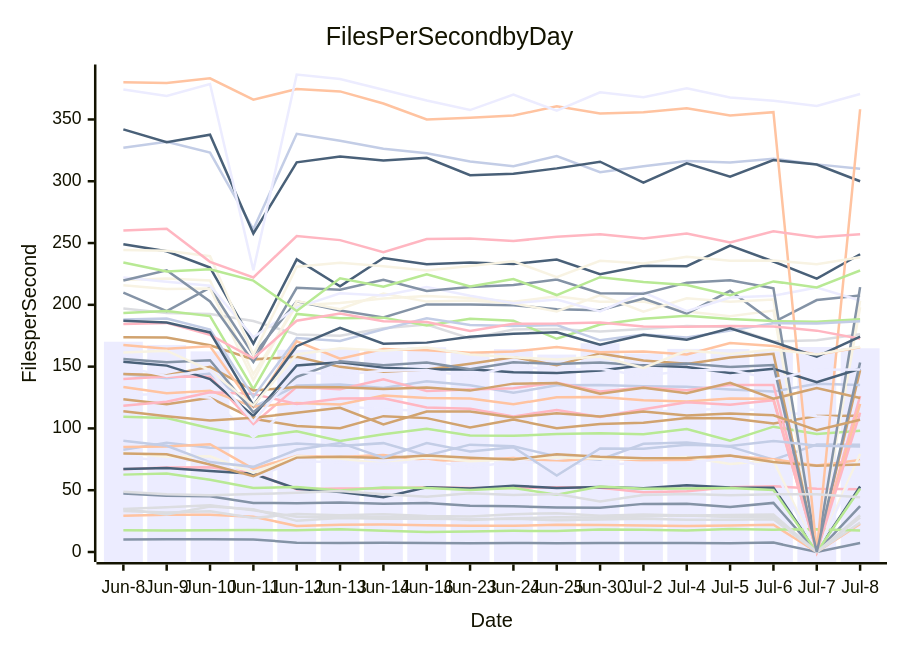
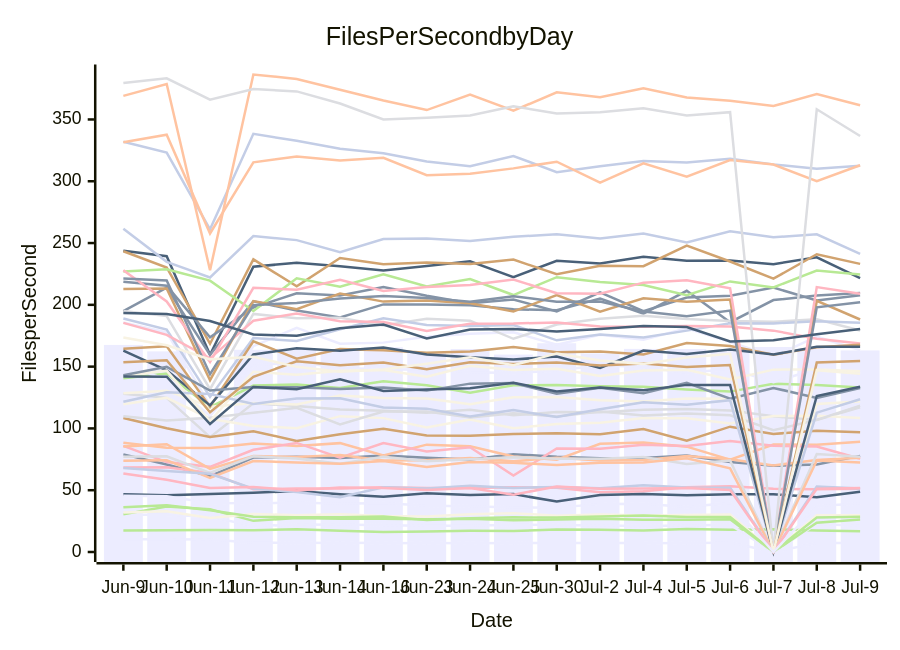
One commit to streetsidesoftware/cspell changed the diagram in perf-report.md. Above: the diagram before and after it, drawn with Mermaid. The commit also changed other lines of this file and 1 other file, not shown here.

````diff
--- a/perf-report.md
+++ b/perf-report.md
@@ -10,57 +10,57 @@
 ```mermaid
 xychart-beta
     title Files Per Second by Day
     y-axis Files per Second
-    x-axis Date [Jun-8, Jun-9, Jun-10, Jun-11, Jun-12, Jun-13, Jun-14, Jun-16, Jun-23, Jun-24, Jun-25, Jun-30, Jul-2, Jul-4, Jul-5, Jul-6, Jul-7, Jul-8]
-    bar [170.13, 167.55, 162.35, 108.94, 163.62, 164.52, 162.91, 165.65, 161.06, 164.28, 159.75, 168.95, 160.66, 164.38, 164.27, 162.48, 165.90, 164.83]
-    line [10.16, 10.41, 10.23, 10.15, 7.58, 7.35, 7.42, 7.28, 7.12, 7.22, 7.17, 7.37, 7.23, 7.36, 6.99, 7.61, 0.00, 7.24]
-    line [29.31, 30.11, 30.11, 28.55, 21.08, 22.04, 22.18, 21.66, 21.30, 21.15, 22.00, 21.90, 21.51, 21.13, 21.43, 22.00, 0.00, 22.72]
-    line [34.79, 30.45, 36.74, 34.61, 25.22, 27.49, 26.99, 26.84, 26.60, 26.95, 25.71, 26.35, 26.84, 26.11, 26.06, 26.52, 0.00, 23.76]
-    line [109.49, 108.40, 100.17, 93.09, 97.72, 89.92, 95.33, 99.63, 94.35, 94.02, 95.44, 96.15, 95.34, 99.55, 90.07, 101.41, 95.54, 98.21]
-    line [123.68, 119.64, 124.80, 107.83, 101.96, 100.16, 109.91, 108.33, 100.84, 107.27, 100.09, 103.62, 104.63, 108.43, 108.27, 103.96, 110.08, 110.20]
-    line [82.67, 88.45, 84.36, 84.11, 87.88, 85.81, 88.09, 78.16, 86.88, 85.49, 77.34, 74.76, 87.51, 88.59, 85.26, 74.62, 86.95, 86.80]
-    line [67.00, 68.40, 68.60, 63.88, 50.72, 51.41, 51.47, 52.39, 51.73, 51.82, 52.39, 52.00, 48.43, 49.22, 52.34, 53.26, 51.10, 50.86]
-    line [67.14, 67.89, 65.57, 63.26, 51.25, 48.63, 44.36, 52.41, 51.44, 53.68, 51.84, 52.69, 51.50, 53.98, 52.25, 52.09, 0.00, 53.03]
-    line [220.13, 221.21, 219.70, 143.90, 199.78, 201.47, 205.17, 207.22, 205.60, 202.43, 207.02, 202.54, 202.72, 194.67, 190.86, 195.33, 0.00, 197.97]
-    line [126.90, 127.99, 124.73, 92.95, 120.36, 118.07, 115.35, 114.38, 112.71, 115.12, 110.67, 113.20, 113.18, 115.07, 115.63, 114.45, 109.79, 106.87]
-    line [47.36, 45.48, 45.06, 39.72, 39.47, 40.00, 39.07, 39.70, 37.48, 36.99, 36.10, 35.86, 38.94, 38.99, 36.38, 39.71, 0.00, 37.09]
-    line [84.94, 85.33, 87.27, 67.23, 77.70, 76.81, 78.39, 74.00, 74.26, 76.13, 73.45, 76.23, 74.07, 74.35, 77.62, 75.07, 70.03, 74.46]
-    line [197.09, 193.40, 192.55, 186.93, 176.04, 174.92, 181.06, 184.11, 172.84, 180.05, 180.38, 178.52, 180.47, 182.90, 182.10, 170.31, 171.39, 176.15]
-    line [17.66, 17.41, 17.50, 17.71, 17.68, 18.34, 17.12, 16.25, 16.59, 17.11, 17.00, 18.16, 17.94, 17.30, 18.64, 18.07, 18.36, 17.45]
-    line [173.71, 173.55, 167.26, 155.87, 157.93, 149.82, 145.84, 147.63, 152.29, 157.67, 151.07, 160.69, 154.94, 152.23, 157.47, 160.32, 0.00, 147.14]
-    line [144.07, 140.57, 144.39, 117.16, 134.67, 135.55, 132.71, 138.18, 135.01, 128.78, 135.00, 135.05, 134.05, 133.73, 131.56, 129.78, 136.12, 135.18]
-    line [140.04, 142.05, 141.88, 103.59, 133.58, 131.67, 139.76, 130.35, 131.39, 132.60, 136.92, 129.95, 133.16, 130.87, 135.23, 135.13, 0.00, 126.22]
-    line [249.07, 243.35, 230.21, 168.52, 236.78, 215.01, 237.87, 232.93, 234.34, 233.01, 236.58, 224.78, 231.59, 231.28, 247.94, 235.03, 221.17, 240.95]
-    line [80.33, 77.10, 77.48, 64.05, 77.39, 75.61, 71.46, 77.16, 73.34, 75.14, 76.59, 75.51, 75.45, 76.79, 71.21, 73.99, 0.00, 79.33]
-    line [76.80, 73.74, 74.27, 59.93, 73.62, 72.46, 71.40, 73.58, 68.82, 72.77, 72.13, 70.38, 72.17, 72.40, 75.76, 67.72, 0.00, 74.05]
-    line [209.95, 194.96, 213.85, 159.52, 202.89, 195.38, 189.84, 200.33, 200.19, 199.73, 196.39, 195.67, 205.11, 192.90, 211.35, 185.93, 203.88, 207.58]
-    line [133.44, 128.55, 130.54, 117.59, 120.60, 119.36, 126.68, 124.68, 124.29, 119.55, 125.16, 125.39, 122.70, 121.73, 124.30, 123.97, 0.00, 119.80]
-    line [34.77, 36.25, 37.82, 33.71, 28.61, 28.16, 28.05, 28.76, 25.82, 27.29, 28.03, 27.82, 28.74, 29.48, 28.36, 28.34, 0.00, 27.98]
-    line [62.61, 63.50, 58.41, 51.82, 52.68, 49.85, 52.20, 51.85, 50.23, 51.87, 46.40, 53.06, 51.19, 51.40, 51.86, 50.10, 0.00, 51.21]
-    line [79.64, 79.01, 70.82, 61.30, 76.37, 77.13, 76.03, 78.06, 76.22, 74.88, 79.14, 76.99, 75.88, 76.09, 78.08, 72.78, 69.82, 70.79]
-    line [327.16, 331.90, 323.14, 261.07, 338.35, 332.69, 326.37, 322.64, 316.02, 312.10, 320.45, 307.34, 312.08, 316.35, 315.20, 318.22, 313.66, 310.11]
-    line [118.39, 121.53, 129.30, 127.90, 119.77, 124.29, 124.35, 117.01, 116.01, 109.65, 114.81, 109.29, 115.47, 121.09, 119.06, 122.86, 0.00, 112.77]
-    line [341.98, 331.53, 337.68, 257.72, 315.29, 320.05, 316.70, 318.97, 304.83, 306.07, 310.41, 315.81, 298.93, 314.56, 303.69, 317.11, 313.48, 300.01]
-    line [215.78, 212.77, 213.18, 139.00, 202.99, 196.51, 209.12, 202.60, 203.46, 201.26, 194.60, 207.89, 194.40, 205.29, 202.49, 204.26, 0.00, 203.31]
-    line [222.20, 218.63, 215.45, 173.74, 197.78, 209.33, 207.61, 214.45, 207.28, 201.26, 204.34, 194.65, 210.00, 194.85, 205.89, 207.36, 213.92, 203.52]
-    line [219.68, 227.92, 202.72, 153.79, 213.73, 212.23, 220.18, 211.27, 214.37, 216.02, 220.47, 209.37, 208.94, 217.94, 219.88, 213.33, 0.00, 214.36]
-    line [380.10, 379.55, 383.29, 365.99, 374.63, 372.72, 362.93, 349.94, 351.35, 353.13, 360.69, 354.83, 355.80, 359.03, 353.22, 355.88, 0.00, 358.26]
-    line [33.08, 31.95, 32.91, 27.58, 30.74, 29.76, 30.63, 29.07, 28.80, 30.64, 31.41, 29.25, 30.37, 29.62, 29.89, 30.35, 0.00, 29.68]
-    line [193.48, 195.01, 190.90, 131.77, 192.67, 189.08, 189.64, 183.39, 188.80, 187.17, 172.53, 184.06, 188.67, 191.18, 188.53, 186.82, 186.30, 188.38]
-    line [144.03, 143.02, 149.83, 130.69, 133.43, 133.31, 131.91, 133.18, 130.59, 136.24, 136.67, 127.99, 132.91, 128.52, 136.97, 123.97, 132.77, 124.67]
-    line [188.23, 188.91, 180.00, 125.49, 173.22, 170.75, 180.24, 189.10, 183.71, 182.95, 183.62, 171.28, 176.05, 173.54, 179.14, 185.15, 184.99, 186.71]
-    line [184.56, 185.39, 175.70, 156.70, 187.10, 192.94, 186.79, 186.02, 178.80, 184.67, 184.84, 185.79, 182.56, 182.17, 182.82, 182.50, 179.12, 172.62]
-    line [153.91, 150.81, 139.91, 110.07, 150.95, 153.45, 149.19, 147.76, 147.78, 145.47, 144.87, 146.87, 151.06, 149.73, 144.88, 148.36, 137.35, 148.23]
-    line [244.42, 243.79, 239.33, 159.65, 230.81, 234.11, 231.13, 227.87, 231.36, 235.26, 222.40, 235.59, 233.45, 238.97, 235.75, 235.89, 232.86, 238.48]
-    line [374.25, 369.07, 378.68, 227.98, 386.38, 382.81, 374.09, 365.35, 357.60, 370.08, 357.07, 371.96, 367.90, 375.27, 367.85, 365.20, 360.83, 370.59]
-    line [156.23, 153.60, 155.11, 113.07, 141.70, 154.36, 151.21, 153.33, 147.83, 153.51, 152.15, 153.26, 150.82, 152.56, 149.61, 151.37, 0.00, 153.34]
-    line [167.45, 164.46, 166.51, 117.60, 170.47, 156.38, 164.16, 163.15, 161.29, 162.24, 165.87, 161.72, 162.26, 159.82, 169.05, 166.75, 159.60, 165.64]
-    line [48.77, 46.64, 45.94, 46.92, 47.88, 49.42, 46.70, 44.72, 47.61, 46.18, 46.86, 40.79, 46.17, 47.03, 45.86, 46.70, 46.74, 44.23]
-    line [234.29, 227.02, 228.77, 219.57, 195.02, 221.53, 214.60, 224.77, 214.79, 220.92, 207.92, 222.39, 218.49, 216.06, 207.77, 218.95, 214.11, 227.80]
-    line [113.82, 109.84, 106.42, 108.66, 112.63, 116.73, 103.14, 113.74, 113.71, 108.86, 112.34, 109.73, 113.68, 110.37, 111.97, 110.64, 98.54, 106.95]
-    line [89.94, 85.93, 72.73, 68.90, 82.72, 88.26, 76.41, 88.08, 81.29, 84.76, 61.88, 83.73, 83.48, 86.69, 85.83, 89.91, 85.92, 85.41]
-    line [260.07, 261.63, 234.80, 222.16, 255.69, 252.37, 242.53, 253.26, 253.77, 251.67, 255.05, 257.07, 253.64, 257.67, 250.47, 259.54, 254.67, 257.07]
-    line [187.05, 185.74, 177.64, 118.63, 166.53, 181.43, 168.60, 169.42, 174.24, 176.57, 177.80, 167.68, 175.75, 171.75, 180.95, 169.97, 158.13, 174.21]
-    line [161.40, 162.90, 146.98, 118.64, 159.81, 164.92, 162.77, 165.48, 159.81, 157.56, 155.70, 158.25, 148.90, 163.02, 160.27, 163.84, 159.78, 166.09]
-    line [149.79, 142.40, 146.80, 105.67, 145.87, 143.36, 146.61, 147.23, 141.81, 150.65, 147.20, 148.34, 142.33, 146.88, 147.38, 139.67, 147.57, 147.61]
+    x-axis Date [Jun-9, Jun-10, Jun-11, Jun-12, Jun-13, Jun-14, Jun-16, Jun-23, Jun-24, Jun-25, Jun-30, Jul-2, Jul-4, Jul-5, Jul-6, Jul-7, Jul-8, Jul-9]
+    bar [167.55, 162.35, 108.94, 163.62, 164.52, 162.91, 165.65, 161.06, 164.28, 159.75, 168.95, 160.66, 164.38, 164.27, 162.48, 165.90, 164.83, 163.10]
+    line [79.01, 70.82, 61.30, 76.37, 77.13, 76.03, 78.06, 76.22, 74.88, 79.14, 76.99, 75.88, 76.09, 78.08, 72.78, 69.82, 70.79, 77.77]
+    line [88.45, 84.36, 84.11, 87.88, 85.81, 88.09, 78.16, 86.88, 85.49, 77.34, 74.76, 87.51, 88.59, 85.26, 74.62, 86.95, 86.80, 89.24]
+    line [127.99, 124.73, 92.95, 120.36, 118.07, 115.35, 114.38, 112.71, 115.12, 110.67, 113.20, 113.18, 115.07, 115.63, 114.45, 109.79, 106.87, 116.99]
+    line [17.41, 17.50, 17.71, 17.68, 18.34, 17.12, 16.25, 16.59, 17.11, 17.00, 18.16, 17.94, 17.30, 18.64, 18.07, 18.36, 17.45, 16.79]
+    line [108.40, 100.17, 93.09, 97.72, 89.92, 95.33, 99.63, 94.35, 94.02, 95.44, 96.15, 95.34, 99.55, 90.07, 101.41, 95.54, 98.21, 96.89]
+    line [331.90, 323.14, 261.07, 338.35, 332.69, 326.37, 322.64, 316.02, 312.10, 320.45, 307.34, 312.08, 316.35, 315.20, 318.22, 313.66, 310.11, 312.49]
+    line [68.40, 68.60, 63.88, 50.72, 51.41, 51.47, 52.39, 51.73, 51.82, 52.39, 52.00, 48.43, 49.22, 52.34, 53.26, 51.10, 50.86, 51.15]
+    line [243.79, 239.33, 159.65, 230.81, 234.11, 231.13, 227.87, 231.36, 235.26, 222.40, 235.59, 233.45, 238.97, 235.75, 235.89, 232.86, 238.48, 221.64]
+    line [119.64, 124.80, 107.83, 101.96, 100.16, 109.91, 108.33, 100.84, 107.27, 100.09, 103.62, 104.63, 108.43, 108.27, 103.96, 110.08, 110.20, 108.47]
+    line [185.74, 177.64, 118.63, 166.53, 181.43, 168.60, 169.42, 174.24, 176.57, 177.80, 167.68, 175.75, 171.75, 180.95, 169.97, 158.13, 174.21, 163.36]
+    line [194.96, 213.85, 159.52, 202.89, 195.38, 189.84, 200.33, 200.19, 199.73, 196.39, 195.67, 205.11, 192.90, 211.35, 185.93, 203.88, 207.58, 209.52]
+    line [331.53, 337.68, 257.72, 315.29, 320.05, 316.70, 318.97, 304.83, 306.07, 310.41, 315.81, 298.93, 314.56, 303.69, 317.11, 313.48, 300.01, 312.98]
+    line [195.01, 190.90, 131.77, 192.67, 189.08, 189.64, 183.39, 188.80, 187.17, 172.53, 184.06, 188.67, 191.18, 188.53, 186.82, 186.30, 188.38, 179.20]
+    line [140.57, 144.39, 117.16, 134.67, 135.55, 132.71, 138.18, 135.01, 128.78, 135.00, 135.05, 134.05, 133.73, 131.56, 129.78, 136.12, 135.18, 133.16]
+    line [243.35, 230.21, 168.52, 236.78, 215.01, 237.87, 232.93, 234.34, 233.01, 236.58, 224.78, 231.59, 231.28, 247.94, 235.03, 221.17, 240.95, 233.12]
+    line [188.91, 180.00, 125.49, 173.22, 170.75, 180.24, 189.10, 183.71, 182.95, 183.62, 171.28, 176.05, 173.54, 179.14, 185.15, 184.99, 186.71, 185.57]
+    line [185.39, 175.70, 156.70, 187.10, 192.94, 186.79, 186.02, 178.80, 184.67, 184.84, 185.79, 182.56, 182.17, 182.82, 182.50, 179.12, 172.62, 168.71]
+    line [46.64, 45.94, 46.92, 47.88, 49.42, 46.70, 44.72, 47.61, 46.18, 46.86, 40.79, 46.17, 47.03, 45.86, 46.70, 46.74, 44.23, 48.73]
+    line [128.55, 130.54, 117.59, 120.60, 119.36, 126.68, 124.68, 124.29, 119.55, 125.16, 125.39, 122.70, 121.73, 124.30, 123.97, 0.00, 119.80, 121.69]
+    line [150.81, 139.91, 110.07, 150.95, 153.45, 149.19, 147.76, 147.78, 145.47, 144.87, 146.87, 151.06, 149.73, 144.88, 148.36, 137.35, 148.23, 143.43]
+    line [218.63, 215.45, 173.74, 197.78, 209.33, 207.61, 214.45, 207.28, 201.26, 204.34, 194.65, 210.00, 194.85, 205.89, 207.36, 213.92, 203.52, 207.84]
+    line [369.07, 378.68, 227.98, 386.38, 382.81, 374.09, 365.35, 357.60, 370.08, 357.07, 371.96, 367.90, 375.27, 367.85, 365.20, 360.83, 370.59, 361.51]
+    line [109.84, 106.42, 108.66, 112.63, 116.73, 103.14, 113.74, 113.71, 108.86, 112.34, 109.73, 113.68, 110.37, 111.97, 110.64, 98.54, 106.95, 118.34]
+    line [227.02, 228.77, 219.57, 195.02, 221.53, 214.60, 224.77, 214.79, 220.92, 207.92, 222.39, 218.49, 216.06, 207.77, 218.95, 214.11, 227.80, 224.46]
+    line [164.46, 166.51, 117.60, 170.47, 156.38, 164.16, 163.15, 161.29, 162.24, 165.87, 161.72, 162.26, 159.82, 169.05, 166.75, 159.60, 165.64, 167.79]
+    line [261.63, 234.80, 222.16, 255.69, 252.37, 242.53, 253.26, 253.77, 251.67, 255.05, 257.07, 253.64, 257.67, 250.47, 259.54, 254.67, 257.07, 241.20]
+    line [85.93, 72.73, 68.90, 82.72, 88.26, 76.41, 88.08, 81.29, 84.76, 61.88, 83.73, 83.48, 86.69, 85.83, 89.91, 85.92, 85.41, 75.41]
+    line [162.90, 146.98, 118.64, 159.81, 164.92, 162.77, 165.48, 159.81, 157.56, 155.70, 158.25, 148.90, 163.02, 160.27, 163.84, 159.78, 166.09, 166.11]
+    line [142.40, 146.80, 105.67, 145.87, 143.36, 146.61, 147.23, 141.81, 150.65, 147.20, 148.34, 142.33, 146.88, 147.38, 139.67, 147.57, 147.61, 146.16]
+    line [30.11, 30.11, 28.55, 21.08, 22.04, 22.18, 21.66, 21.30, 21.15, 22.00, 21.90, 21.51, 21.13, 21.43, 22.00, 0.00, 22.72, 21.15]
+    line [143.02, 149.83, 130.69, 133.43, 133.31, 131.91, 133.18, 130.59, 136.24, 136.67, 127.99, 132.91, 128.52, 136.97, 123.97, 132.77, 124.67, 132.76]
+    line [85.33, 87.27, 67.23, 77.70, 76.81, 78.39, 74.00, 74.26, 76.13, 73.45, 76.23, 74.07, 74.35, 77.62, 75.07, 70.03, 74.46, 76.24]
+    line [77.10, 77.48, 64.05, 77.39, 75.61, 71.46, 77.16, 73.34, 75.14, 76.59, 75.51, 75.45, 76.79, 71.21, 73.99, 0.00, 79.33, 77.13]
+    line [30.45, 36.74, 34.61, 25.22, 27.49, 26.99, 26.84, 26.60, 26.95, 25.71, 26.35, 26.84, 26.11, 26.06, 26.52, 0.00, 23.76, 26.30]
+    line [212.77, 213.18, 139.00, 202.99, 196.51, 209.12, 202.60, 203.46, 201.26, 194.60, 207.89, 194.40, 205.29, 202.49, 204.26, 0.00, 203.31, 188.12]
+    line [121.53, 129.30, 127.90, 119.77, 124.29, 124.35, 117.01, 116.01, 109.65, 114.81, 109.29, 115.47, 121.09, 119.06, 122.86, 0.00, 112.77, 123.63]
+    line [227.92, 202.72, 153.79, 213.73, 212.23, 220.18, 211.27, 214.37, 216.02, 220.47, 209.37, 208.94, 217.94, 219.88, 213.33, 0.00, 214.36, 209.03]
+    line [142.05, 141.88, 103.59, 133.58, 131.67, 139.76, 130.35, 131.39, 132.60, 136.92, 129.95, 133.16, 130.87, 135.23, 135.13, 0.00, 126.22, 133.75]
+    line [31.95, 32.91, 27.58, 30.74, 29.76, 30.63, 29.07, 28.80, 30.64, 31.41, 29.25, 30.37, 29.62, 29.89, 30.35, 0.00, 29.68, 29.83]
+    line [10.41, 10.23, 10.15, 7.58, 7.35, 7.42, 7.28, 7.12, 7.22, 7.17, 7.37, 7.23, 7.36, 6.99, 7.61, 0.00, 7.24, 7.24]
+    line [221.21, 219.70, 143.90, 199.78, 201.47, 205.17, 207.22, 205.60, 202.43, 207.02, 202.54, 202.72, 194.67, 190.86, 195.33, 0.00, 197.97, 202.15]
+    line [73.74, 74.27, 59.93, 73.62, 72.46, 71.40, 73.58, 68.82, 72.77, 72.13, 70.38, 72.17, 72.40, 75.76, 67.72, 0.00, 74.05, 72.52]
+    line [379.55, 383.29, 365.99, 374.63, 372.72, 362.93, 349.94, 351.35, 353.13, 360.69, 354.83, 355.80, 359.03, 353.22, 355.88, 0.00, 358.26, 336.66]
+    line [36.25, 37.82, 33.71, 28.61, 28.16, 28.05, 28.76, 25.82, 27.29, 28.03, 27.82, 28.74, 29.48, 28.36, 28.34, 0.00, 27.98, 28.43]
+    line [153.60, 155.11, 113.07, 141.70, 154.36, 151.21, 153.33, 147.83, 153.51, 152.15, 153.26, 150.82, 152.56, 149.61, 151.37, 0.00, 153.34, 154.63]
+    line [67.89, 65.57, 63.26, 51.25, 48.63, 44.36, 52.41, 51.44, 53.68, 51.84, 52.69, 51.50, 53.98, 52.25, 52.09, 0.00, 53.03, 51.37]
+    line [63.50, 58.41, 51.82, 52.68, 49.85, 52.20, 51.85, 50.23, 51.87, 46.40, 53.06, 51.19, 51.40, 51.86, 50.10, 0.00, 51.21, 51.70]
+    line [193.40, 192.55, 186.93, 176.04, 174.92, 181.06, 184.11, 172.84, 180.05, 180.38, 178.52, 180.47, 182.90, 182.10, 170.31, 171.39, 176.15, 180.49]
+    line [173.55, 167.26, 155.87, 157.93, 149.82, 145.84, 147.63, 152.29, 157.67, 151.07, 160.69, 154.94, 152.23, 157.47, 160.32, 0.00, 147.14, 144.29]
+    line [45.48, 45.06, 39.72, 39.47, 40.00, 39.07, 39.70, 37.48, 36.99, 36.10, 35.86, 38.94, 38.99, 36.38, 39.71, 0.00, 37.09, 39.39]
 ```
````
